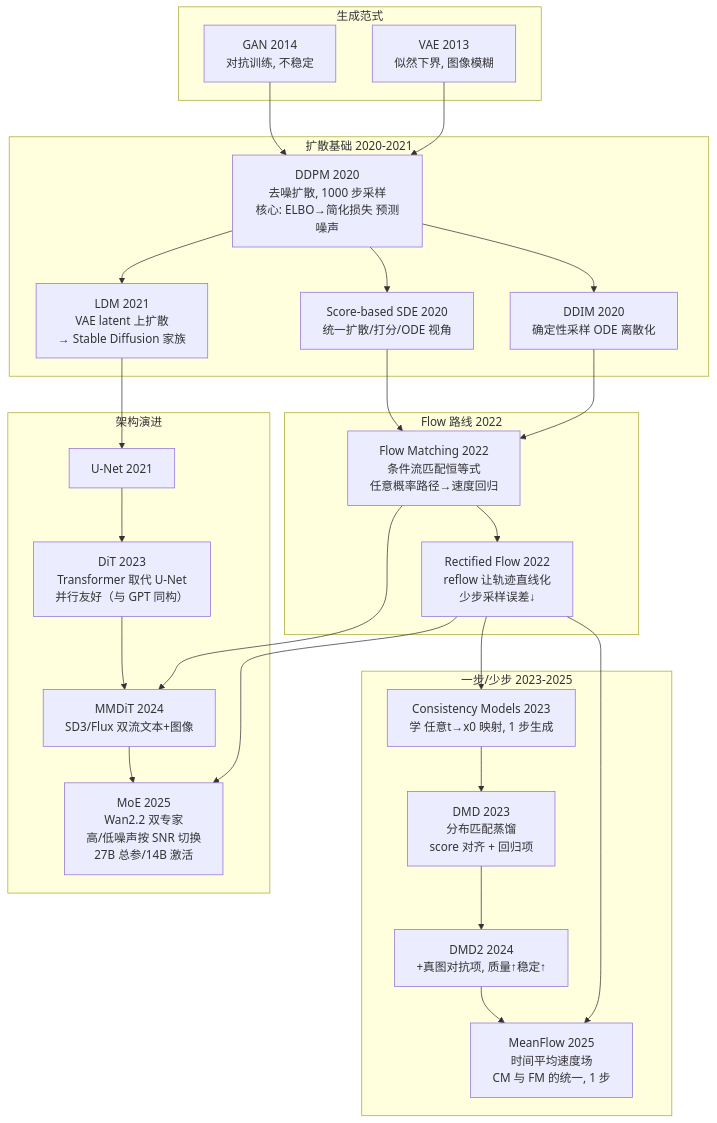
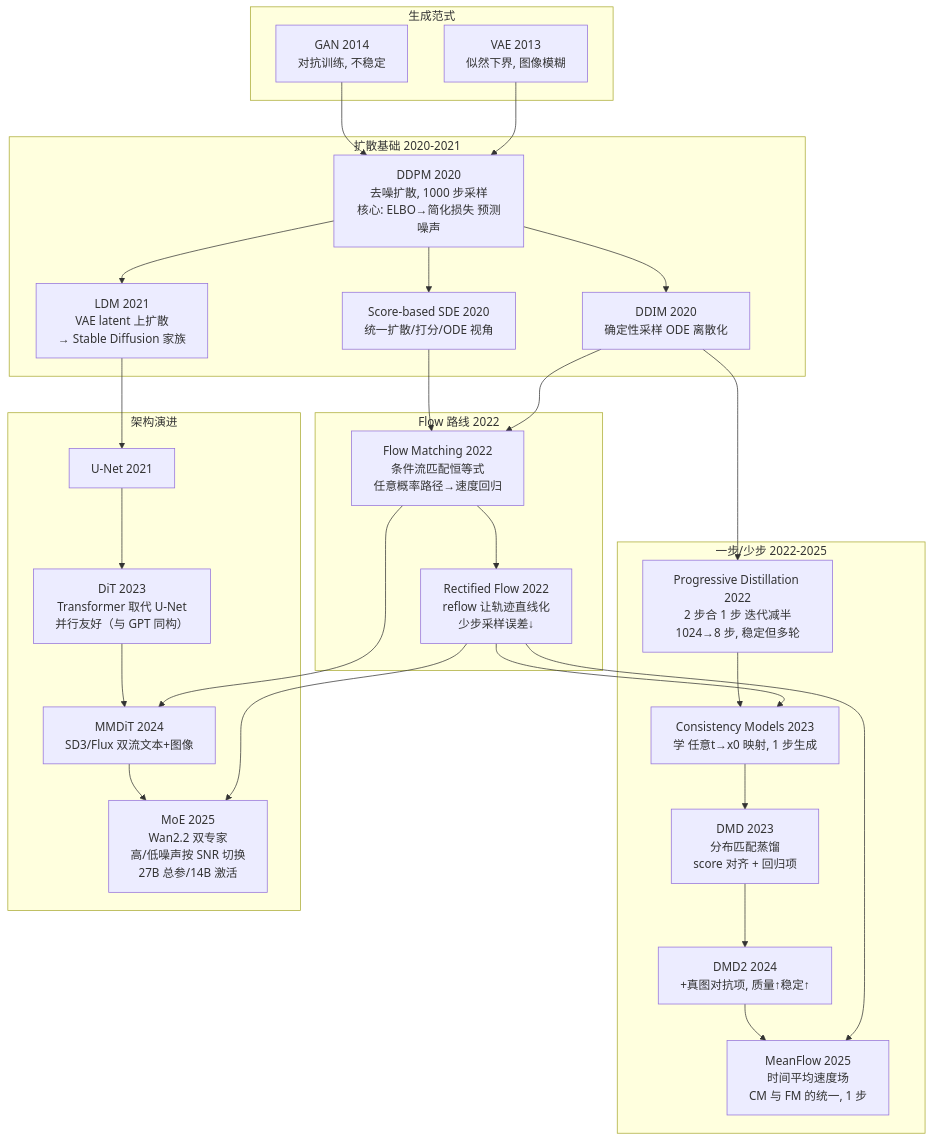
The first of 2 diagrams in docs/evolution.md (Zhang-Wen-chao/mini-diffusion), drawn with Mermaid before and after one commit. The commit also changed other lines of this file, not shown here.

Commit message:
docs: evolution 图补充 Progressive Distillation 节点（少步蒸馏最早路线）

````diff
--- a/docs/evolution.md
+++ b/docs/evolution.md
@@ -10,53 +10,56 @@
 ```mermaid
 flowchart TD
     subgraph 生成范式
         GAN[GAN 2014<br/>对抗训练, 不稳定]
         VAE[VAE 2013<br/>似然下界, 图像模糊]
     end
 
     subgraph 扩散基础 2020-2021
         DDPM[DDPM 2020<br/>去噪扩散, 1000 步采样<br/>核心: ELBO→简化损失 预测噪声]
         SDE[Score-based SDE 2020<br/>统一扩散/打分/ODE 视角]
         DDIM[DDIM 2020<br/>确定性采样 ODE 离散化]
         LDM[LDM 2021<br/>VAE latent 上扩散<br/>→ Stable Diffusion 家族]
     end
 
     subgraph Flow 路线 2022
         FM[Flow Matching 2022<br/>条件流匹配恒等式<br/>任意概率路径→速度回归]
         RF[Rectified Flow 2022<br/>reflow 让轨迹直线化<br/>少步采样误差↓]
     end
 
-    subgraph 一步/少步 2023-2025
+    subgraph 一步/少步 2022-2025
+        PD[Progressive Distillation 2022<br/>2 步合 1 步 迭代减半<br/>1024→8 步, 稳定但多轮]
         CM[Consistency Models 2023<br/>学 任意t→x0 映射, 1 步生成]
         DMD[DMD 2023<br/>分布匹配蒸馏<br/>score 对齐 + 回归项]
         DMD2[DMD2 2024<br/>+真图对抗项, 质量↑稳定↑]
         MF[MeanFlow 2025<br/>时间平均速度场<br/>CM 与 FM 的统一, 1 步]
     end
 
     subgraph 架构演进
         UNET[U-Net 2021]
         DIT[DiT 2023<br/>Transformer 取代 U-Net<br/>并行友好（与 GPT 同构）]
         MMDIT[MMDiT 2024<br/>SD3/Flux 双流文本+图像]
         MOE[MoE 2025<br/>Wan2.2 双专家<br/>高/低噪声按 SNR 切换<br/>27B 总参/14B 激活]
     end
 
     GAN --> DDPM
     VAE --> DDPM
     DDPM --> SDE
     DDPM --> DDIM
     DDPM --> LDM
     SDE --> FM
     DDIM --> FM
     FM --> RF
+    DDIM --> PD
+    PD --> CM
     RF --> CM
     CM --> DMD
     DMD --> DMD2
     DMD2 --> MF
     RF --> MF
     LDM --> UNET
     UNET --> DIT
     DIT --> MMDIT
     MMDIT --> MOE
     FM --> MMDIT
     RF --> MOE
 ```
````
